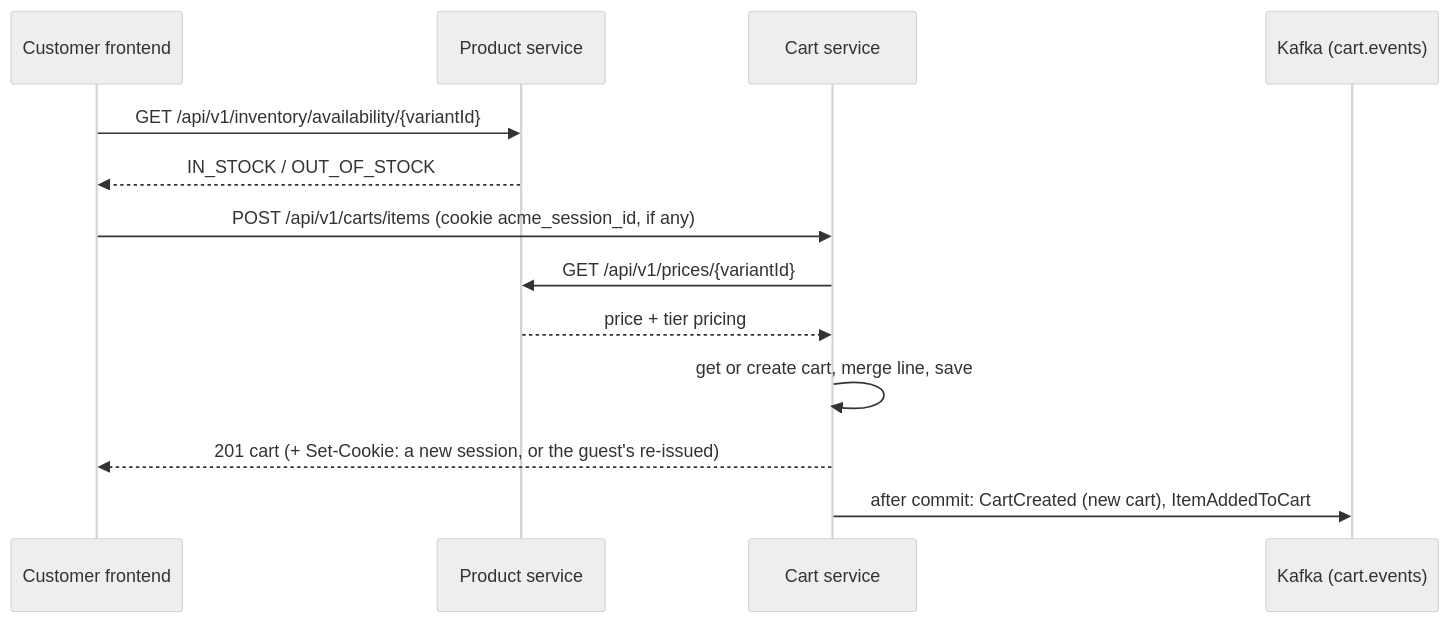
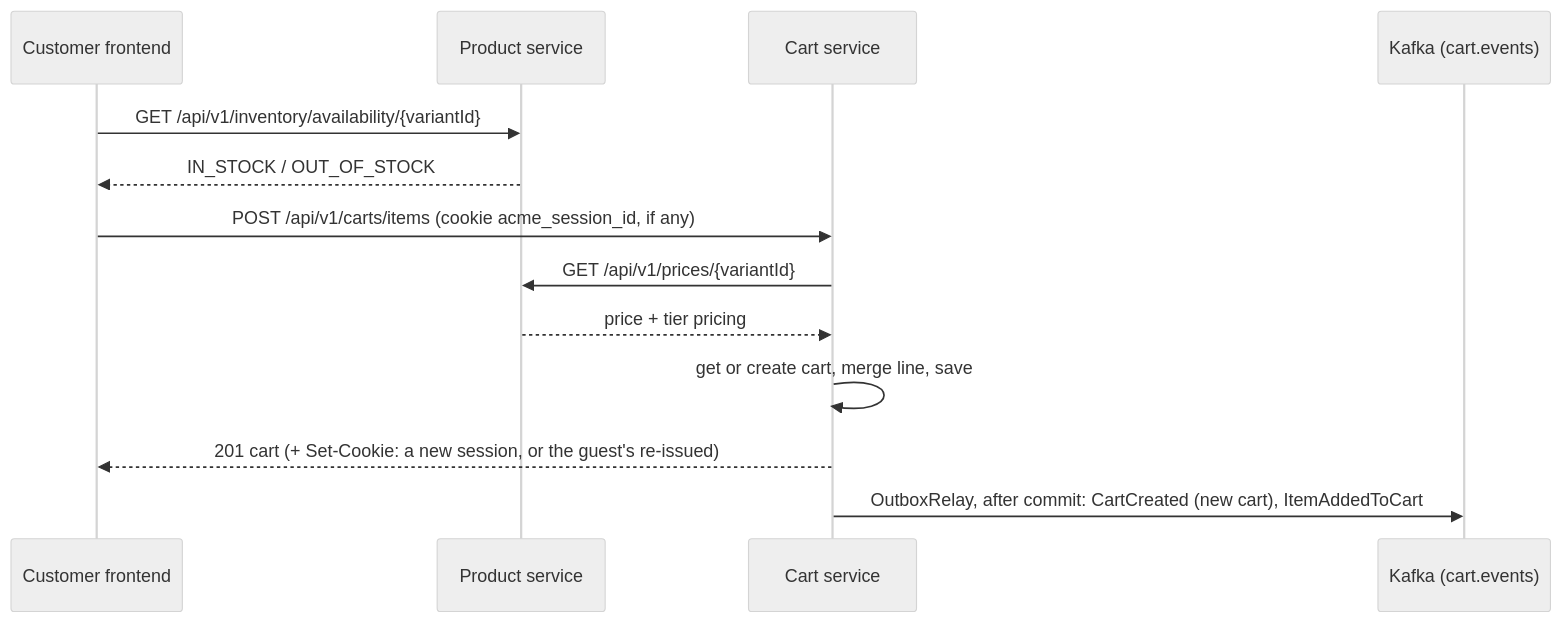
One commit to cebartling/acme-inc-2026 changed the first of 3 diagrams in documentation/ARCHITECTURE.md. Above: the diagram before and after it, drawn with Mermaid (neutral theme). The commit also changed other lines of this file and 43 other files, not shown here.

First line of the commit message:
feat: cart events go through a transactional outbox (PIN-384) (#172)

````diff
--- a/documentation/ARCHITECTURE.md
+++ b/documentation/ARCHITECTURE.md
@@ -161,16 +161,16 @@
 ```mermaid
 sequenceDiagram
     participant FE as Customer frontend
     participant PS as Product service
     participant CS as Cart service
     participant K as Kafka (cart.events)
 
     FE->>PS: GET /api/v1/inventory/availability/{variantId}
     PS-->>FE: IN_STOCK / OUT_OF_STOCK
     FE->>CS: POST /api/v1/carts/items (cookie acme_session_id, if any)
     CS->>PS: GET /api/v1/prices/{variantId}
     PS-->>CS: price + tier pricing
     CS->>CS: get or create cart, merge line, save
     CS-->>FE: 201 cart (+ Set-Cookie: a new session, or the guest's re-issued)
-    CS->>K: after commit: CartCreated (new cart), ItemAddedToCart
+    CS->>K: OutboxRelay, after commit: CartCreated (new cart), ItemAddedToCart
 ```
````
